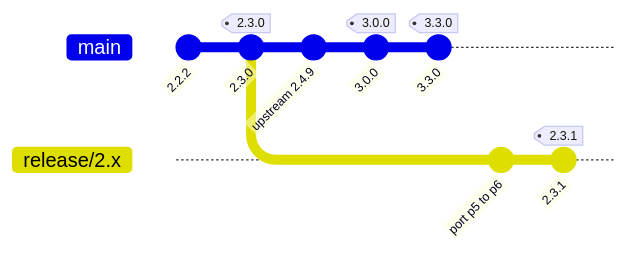
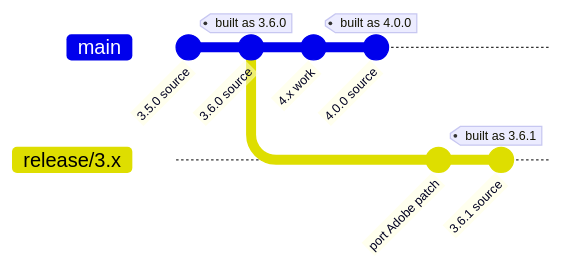
Before and after one commit to marcelmtz/generate-mirror-repo-js: the second of 2 diagrams in RELEASE-GRACE-WINDOW-PROPOSAL.md, drawn with Mermaid. The commit also changed other lines of this file and 2 other files, not shown here.

````diff
--- a/RELEASE-GRACE-WINDOW-PROPOSAL.md
+++ b/RELEASE-GRACE-WINDOW-PROPOSAL.md
@@ -88,13 +98,12 @@
 ```mermaid
 gitGraph
-    commit id: "2.2.2"
-    commit id: "2.3.0" tag: "2.3.0"
-    branch release/2.x
+    commit id: "3.5.0 source"
+    commit id: "3.6.0 source" tag: "built as 3.6.0"
+    branch release/3.x
     checkout main
-    commit id: "upstream 2.4.9"
-    commit id: "3.0.0" tag: "3.0.0"
-    commit id: "3.3.0" tag: "3.3.0"
-    checkout release/2.x
-    commit id: "port p5 to p6"
-    commit id: "2.3.1" tag: "2.3.1"
+    commit id: "4.x work"
+    commit id: "4.0.0 source" tag: "built as 4.0.0"
+    checkout release/3.x
+    commit id: "port Adobe patch"
+    commit id: "3.6.1 source" tag: "built as 3.6.1"
 ```
````
